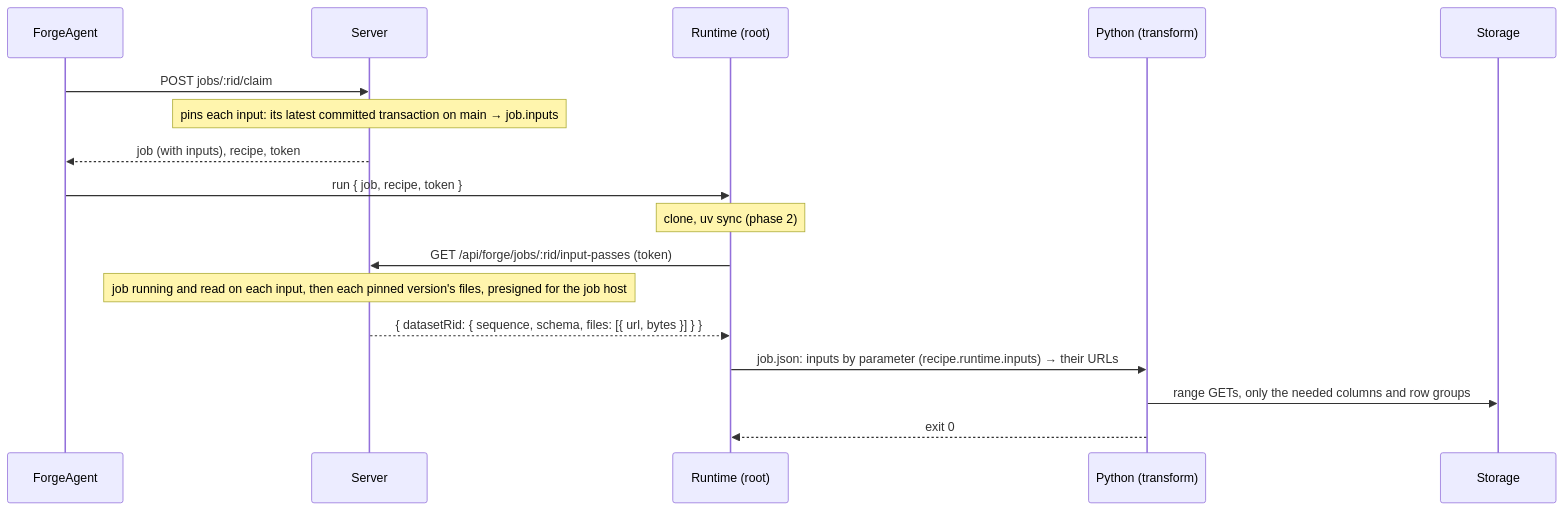
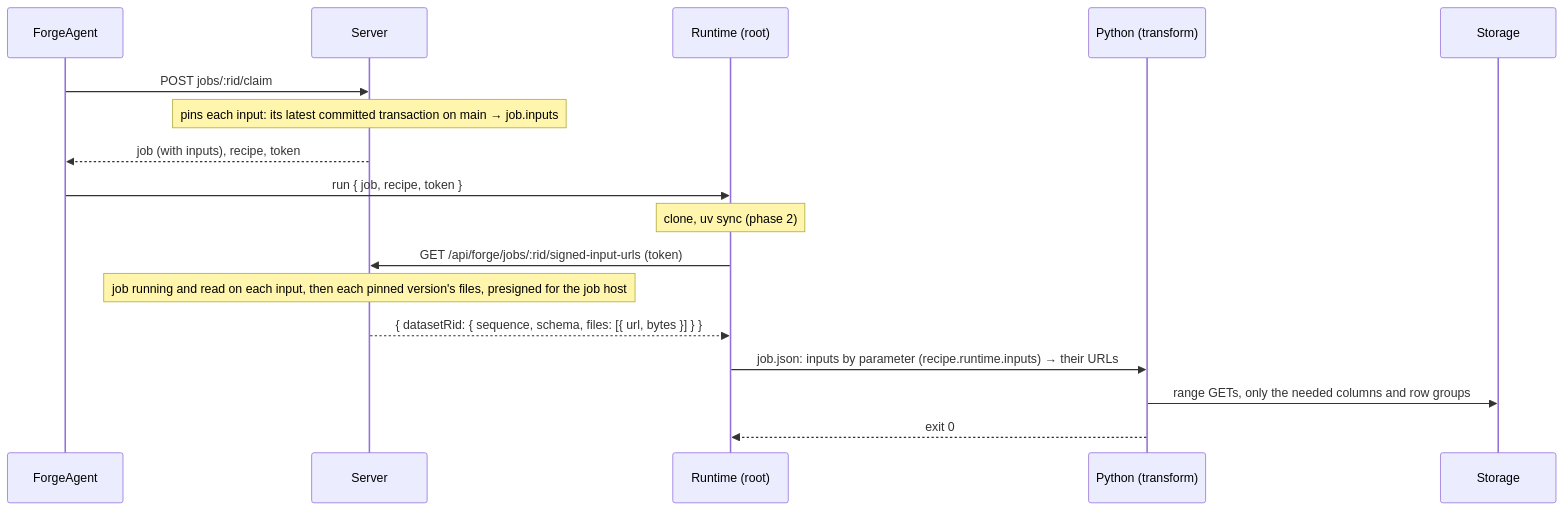
One commit to RolandTeslaru/Quarry changed diagram 13 of 15 in docs/design/forge-runtimes.md. Above: the diagram before and after it, drawn with Mermaid. The commit also changed other lines of this file and 9 other files, not shown here.

````diff
--- a/docs/design/forge-runtimes.md
+++ b/docs/design/forge-runtimes.md
@@ -440,20 +440,20 @@
 ```mermaid
 sequenceDiagram
     participant A as ForgeAgent
     participant S as Server
     participant R as Runtime (root)
     participant P as Python (transform)
     participant O as Storage
 
     A->>S: POST jobs/:rid/claim
     Note over S: pins each input: its latest committed transaction on main → job.inputs
     S-->>A: job (with inputs), recipe, token
     A->>R: run { job, recipe, token }
     Note over R: clone, uv sync (phase 2)
-    R->>S: GET /api/forge/jobs/:rid/input-passes (token)
+    R->>S: GET /api/forge/jobs/:rid/signed-input-urls (token)
     Note over S: job running and read on each input, then each pinned version's files, presigned for the job host
     S-->>R: { datasetRid: { sequence, schema, files: [{ url, bytes }] } }
     R->>P: job.json: inputs by parameter (recipe.runtime.inputs) → their URLs
     P->>O: range GETs, only the needed columns and row groups
     P-->>R: exit 0
 ```
````
